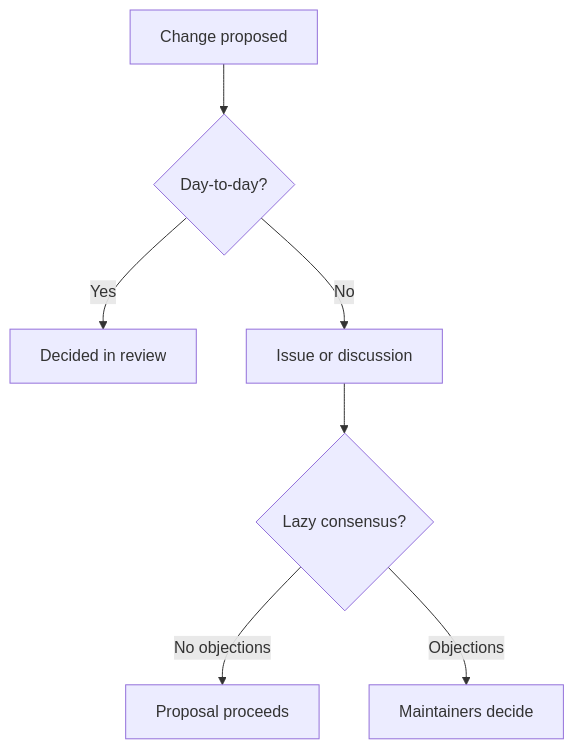
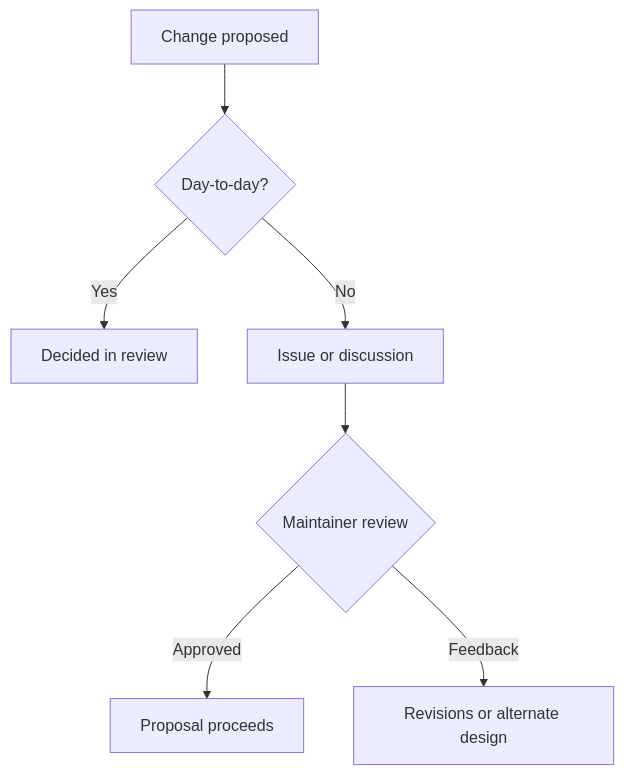
One commit to HELIX-Origin/ffxiv-config changed the diagram in GOVERNANCE.md. Above: the diagram before and after it, drawn with Mermaid. The commit also changed other lines of this file and 16 other files, not shown here.

````diff
--- a/GOVERNANCE.md
+++ b/GOVERNANCE.md
@@ -22,9 +21,9 @@
 ```mermaid
 flowchart TD
     change[Change proposed] --> small{Day-to-day?}
     small -->|Yes| pr[Decided in review]
     small -->|No| issue[Issue or discussion]
-    issue --> consensus{Lazy consensus?}
-    consensus -->|No objections| proceed[Proposal proceeds]
-    consensus -->|Objections| vote[Maintainers decide]
+    issue --> review{Maintainer review}
+    review -->|Approved| proceed[Proposal proceeds]
+    review -->|Feedback| revise[Revisions or alternate design]
 ```
````
